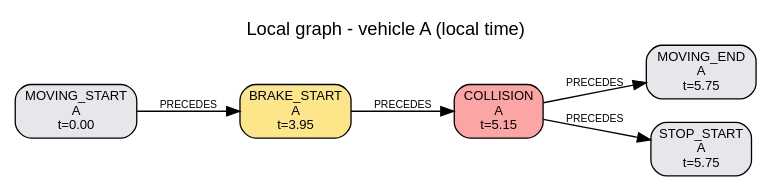
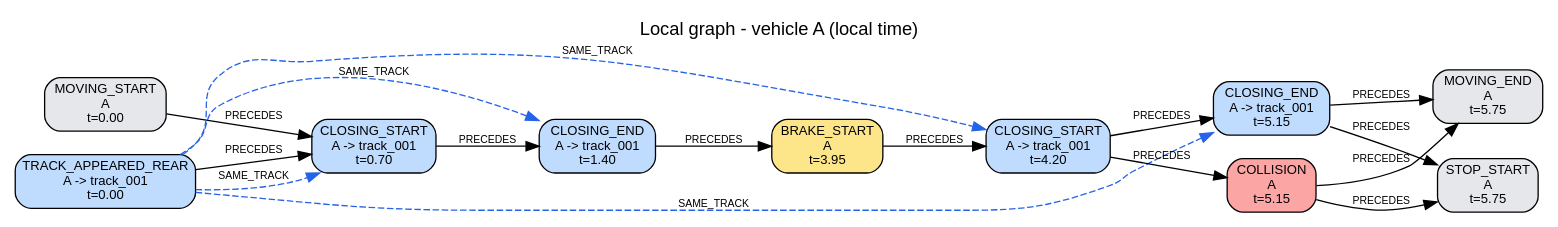
The diagram in traces/S16/run_0_avoided/reconstruction/A/local_graph.dot (AndreaBedei1/causaldrive-forensics), drawn with Graphviz before and after one commit. The commit also changed 1505 other files, not shown here.

```diff
--- a/traces/S16/run_0_avoided/reconstruction/A/local_graph.dot
+++ b/traces/S16/run_0_avoided/reconstruction/A/local_graph.dot
@@ -1,15 +1,33 @@
 digraph "local_A" {
   graph [rankdir=LR, labelloc=t, fontname=Helvetica, label="Local graph - vehicle A (local time)"];
   node [shape=box, style="rounded,filled", fontname=Helvetica, fontsize=10];
   edge [fontname=Helvetica, fontsize=8];
   "A:e01" [label="MOVING_START\nA\nt=0.00", fillcolor="#e5e7eb"];
-  "A:e02" [label="BRAKE_START\nA\nt=3.95", fillcolor="#fde68a"];
-  "A:e03" [label="COLLISION\nA\nt=5.15", fillcolor="#fca5a5"];
-  "A:e04" [label="MOVING_END\nA\nt=5.75", fillcolor="#e5e7eb"];
-  "A:e05" [label="STOP_START\nA\nt=5.75", fillcolor="#e5e7eb"];
-  {rank=same; "A:e04"; "A:e05";}
-  "A:e01" -> "A:e02" [label="PRECEDES"];
+  "A:e02" [label="TRACK_APPEARED_REAR\nA -> track_001\nt=0.00", fillcolor="#bfdbfe"];
+  "A:e03" [label="CLOSING_START\nA -> track_001\nt=0.70", fillcolor="#bfdbfe"];
+  "A:e04" [label="CLOSING_END\nA -> track_001\nt=1.40", fillcolor="#bfdbfe"];
+  "A:e05" [label="BRAKE_START\nA\nt=3.95", fillcolor="#fde68a"];
+  "A:e06" [label="CLOSING_START\nA -> track_001\nt=4.20", fillcolor="#bfdbfe"];
+  "A:e07" [label="COLLISION\nA\nt=5.15", fillcolor="#fca5a5"];
+  "A:e08" [label="CLOSING_END\nA -> track_001\nt=5.15", fillcolor="#bfdbfe"];
+  "A:e09" [label="MOVING_END\nA\nt=5.75", fillcolor="#e5e7eb"];
+  "A:e10" [label="STOP_START\nA\nt=5.75", fillcolor="#e5e7eb"];
+  {rank=same; "A:e01"; "A:e02";}
+  {rank=same; "A:e07"; "A:e08";}
+  {rank=same; "A:e09"; "A:e10";}
+  "A:e01" -> "A:e03" [label="PRECEDES"];
   "A:e02" -> "A:e03" [label="PRECEDES"];
   "A:e03" -> "A:e04" [label="PRECEDES"];
-  "A:e03" -> "A:e05" [label="PRECEDES"];
+  "A:e04" -> "A:e05" [label="PRECEDES"];
+  "A:e05" -> "A:e06" [label="PRECEDES"];
+  "A:e06" -> "A:e07" [label="PRECEDES"];
+  "A:e06" -> "A:e08" [label="PRECEDES"];
+  "A:e07" -> "A:e09" [label="PRECEDES"];
+  "A:e07" -> "A:e10" [label="PRECEDES"];
+  "A:e08" -> "A:e09" [label="PRECEDES"];
+  "A:e08" -> "A:e10" [label="PRECEDES"];
+  "A:e02" -> "A:e03" [label="SAME_TRACK", style=dashed, color="#2563eb", constraint=false];
+  "A:e02" -> "A:e04" [label="SAME_TRACK", style=dashed, color="#2563eb", constraint=false];
+  "A:e02" -> "A:e06" [label="SAME_TRACK", style=dashed, color="#2563eb", constraint=false];
+  "A:e02" -> "A:e08" [label="SAME_TRACK", style=dashed, color="#2563eb", constraint=false];
 }
```
